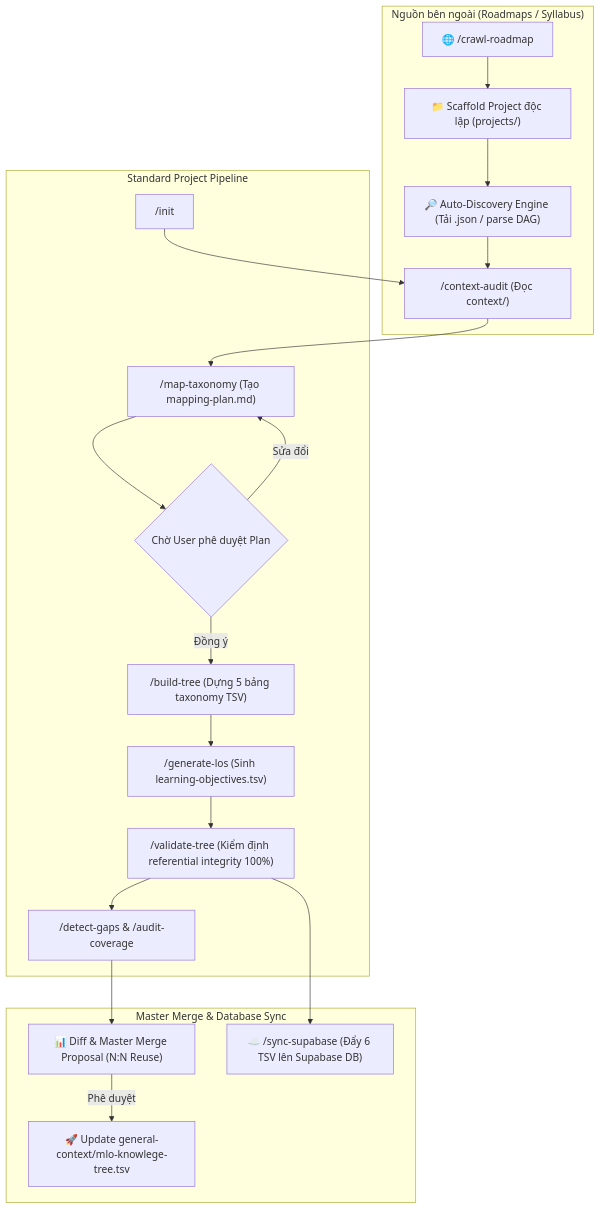
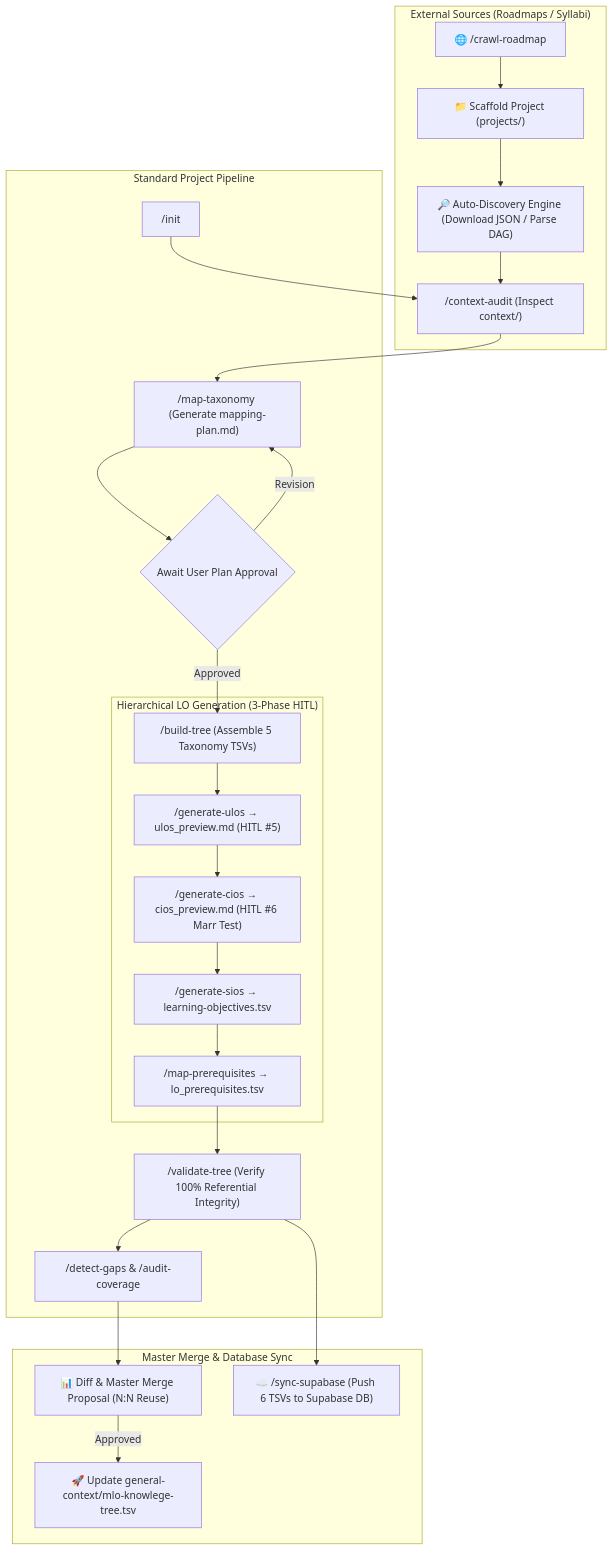
The diagram in README.vi.md (thanh01pmt/knowledge-tree), drawn with Mermaid before and after one commit. The commit also changed other lines of this file, not shown here.

````diff
--- a/README.vi.md
+++ b/README.vi.md
@@ -109,25 +155,32 @@
 ```mermaid
 flowchart TD
-    subgraph "Nguồn bên ngoài (Roadmaps / Syllabus)"
-        URL["🌐 /crawl-roadmap <URL>"] --> InitProj["📁 Scaffold Project độc lập (projects/<slug>)"]
-        InitProj --> Discovery["🔎 Auto-Discovery Engine (Tải <slug>.json / parse DAG)"]
+    subgraph "External Sources (Roadmaps / Syllabi)"
+        URL["🌐 /crawl-roadmap <URL>"] --> InitProj["📁 Scaffold Project (projects/<slug>)"]
+        InitProj --> Discovery["🔎 Auto-Discovery Engine (Download JSON / Parse DAG)"]
         Discovery --> Audit
     end
 
     subgraph "Standard Project Pipeline"
-        Init["/init <project>"] --> Audit["/context-audit (Đọc context/)"]
-        Audit --> Map["/map-taxonomy (Tạo mapping-plan.md)"]
-        Map --> UserReview{"Chờ User phê duyệt Plan"}
-        UserReview -- Sửa đổi --> Map
-        UserReview -- Đồng ý --> Build["/build-tree (Dựng 5 bảng taxonomy TSV)"]
-        Build --> GenLO["/generate-los (Sinh learning-objectives.tsv)"]
-        GenLO --> Validate["/validate-tree (Kiểm định referential integrity 100%)"]
+        Init["/init <project>"] --> Audit["/context-audit (Inspect context/)"]
+        Audit --> Map["/map-taxonomy (Generate mapping-plan.md)"]
+        Map --> UserReview{"Await User Plan Approval"}
+        UserReview -- Revision --> Map
+        UserReview -- Approved --> Build["/build-tree (Assemble 5 Taxonomy TSVs)"]
+        
+        subgraph "Hierarchical LO Generation (3-Phase HITL)"
+            Build --> ULO["/generate-ulos → ulos_preview.md (HITL #5)"]
+            ULO --> CIO["/generate-cios → cios_preview.md (HITL #6 Marr Test)"]
+            CIO --> SIO["/generate-sios → learning-objectives.tsv"]
+            SIO --> Preq["/map-prerequisites → lo_prerequisites.tsv"]
+        end
+        
+        Preq --> Validate["/validate-tree (Verify 100% Referential Integrity)"]
         Validate --> GapCheck["/detect-gaps & /audit-coverage"]
     end
 
     subgraph "Master Merge & Database Sync"
         GapCheck --> MergeProp["📊 Diff & Master Merge Proposal (N:N Reuse)"]
-        MergeProp -- Phê duyệt --> SyncMaster["🚀 Update general-context/mlo-knowlege-tree.tsv"]
-        Validate --> SyncDB["☁️ /sync-supabase (Đẩy 6 TSV lên Supabase DB)"]
+        MergeProp -- Approved --> SyncMaster["🚀 Update general-context/mlo-knowlege-tree.tsv"]
+        Validate --> SyncDB["☁️ /sync-supabase (Push 6 TSVs to Supabase DB)"]
     end
 ```
````
